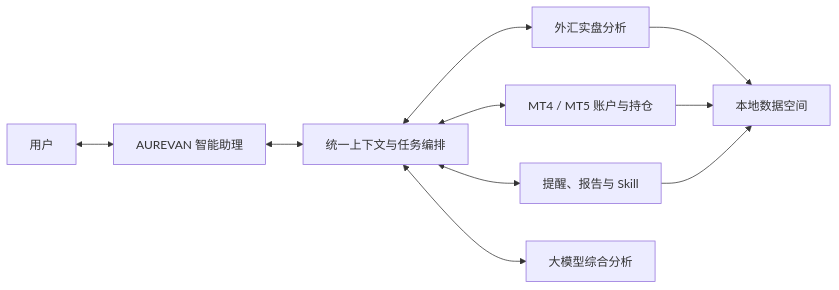
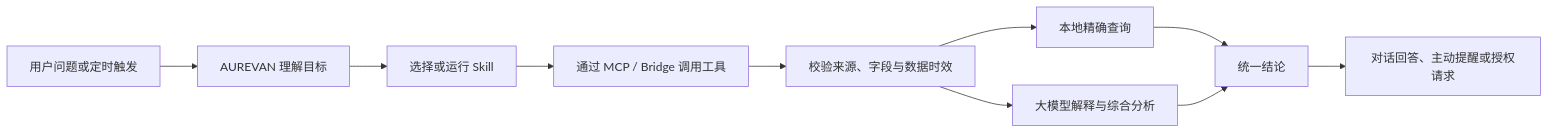
One commit to zhoujianli1990-hue/aurevan-product-case changed the second of 3 diagrams in README.md. Above: the diagram before and after it, drawn with Mermaid. The commit also changed other lines of this file and 6 other files, not shown here.

Commit message:
docs: strengthen product and agent architecture case

````diff
--- a/README.md
+++ b/README.md
@@ -25,12 +60,12 @@
 ```mermaid
 flowchart LR
-    U["用户"] <--> A["AUREVAN 智能助理"]
-    A <--> C["统一上下文与任务编排"]
-    C <--> F["外汇实盘分析"]
-    C <--> M["MT4 / MT5 账户与持仓"]
-    C <--> R["提醒、报告与 Skill"]
-    C <--> L["大模型综合分析"]
-    F --> D["本地数据空间"]
-    M --> D
-    R --> D
+    U["用户问题或定时触发"] --> A["AUREVAN 理解目标"]
+    A --> S["选择或运行 Skill"]
+    S --> M["通过 MCP / Bridge 调用工具"]
+    M --> V["校验来源、字段与数据时效"]
+    V --> Q["本地精确查询"]
+    V --> L["大模型解释与综合分析"]
+    Q --> R["统一结论"]
+    L --> R
+    R --> N["对话回答、主动提醒或授权请求"]
 ```
````
